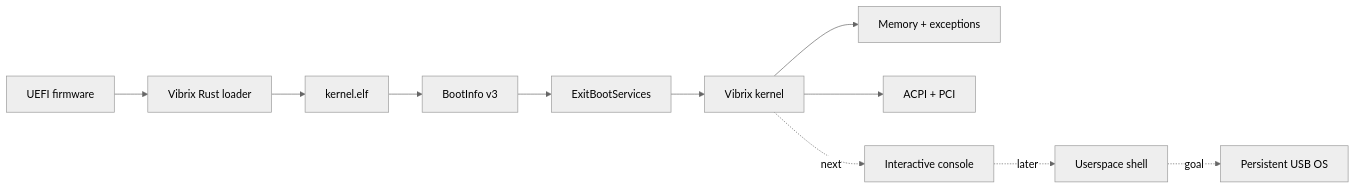
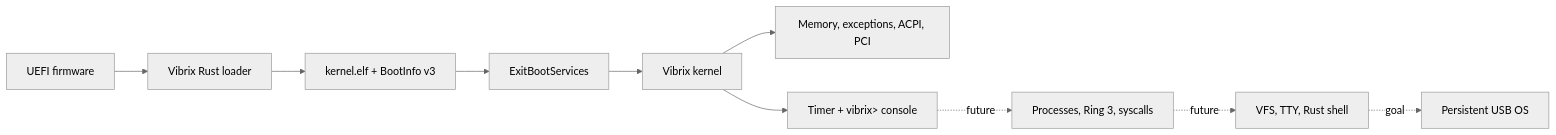
One commit to mixutin/Vibrix changed the diagram in README.md. Above: the diagram before and after it, drawn with Mermaid (neutral theme). The commit also changed other lines of this file and 16 other files, not shown here.

````diff
--- a/README.md
+++ b/README.md
@@ -50,13 +64,12 @@
 ```mermaid
 flowchart LR
     A["UEFI firmware"] --> B["Vibrix Rust loader"]
-    B --> C["kernel.elf"]
-    C --> D["BootInfo v3"]
-    D --> E["ExitBootServices"]
-    E --> F["Vibrix kernel"]
-    F --> G["Memory + exceptions"]
-    F --> H["ACPI + PCI"]
-    F -. next .-> I["Interactive console"]
-    I -. later .-> J["Userspace shell"]
-    J -. goal .-> K["Persistent USB OS"]
+    B --> C["kernel.elf + BootInfo v3"]
+    C --> D["ExitBootServices"]
+    D --> E["Vibrix kernel"]
+    E --> F["Memory, exceptions, ACPI, PCI"]
+    E --> G["Timer + vibrix> console"]
+    G -. future .-> H["Processes, Ring 3, syscalls"]
+    H -. future .-> I["VFS, TTY, Rust shell"]
+    I -. goal .-> J["Persistent USB OS"]
 ```
````
